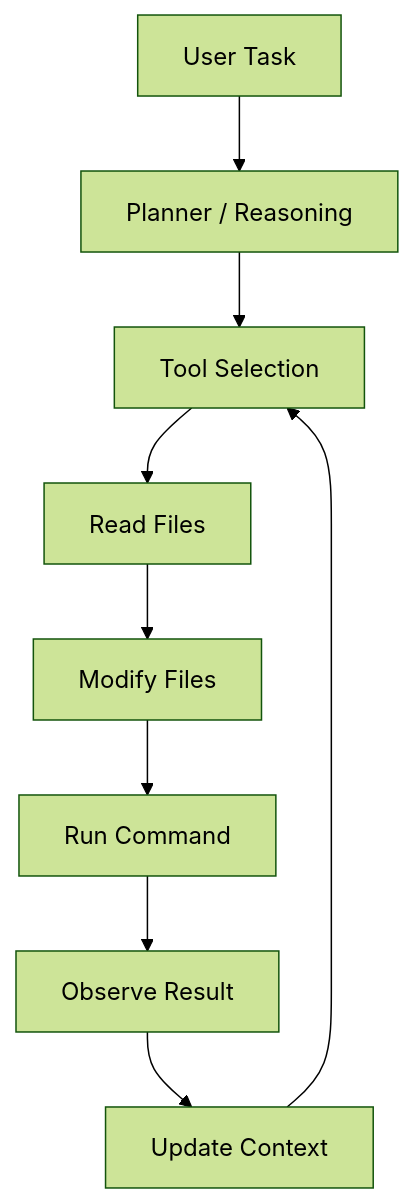
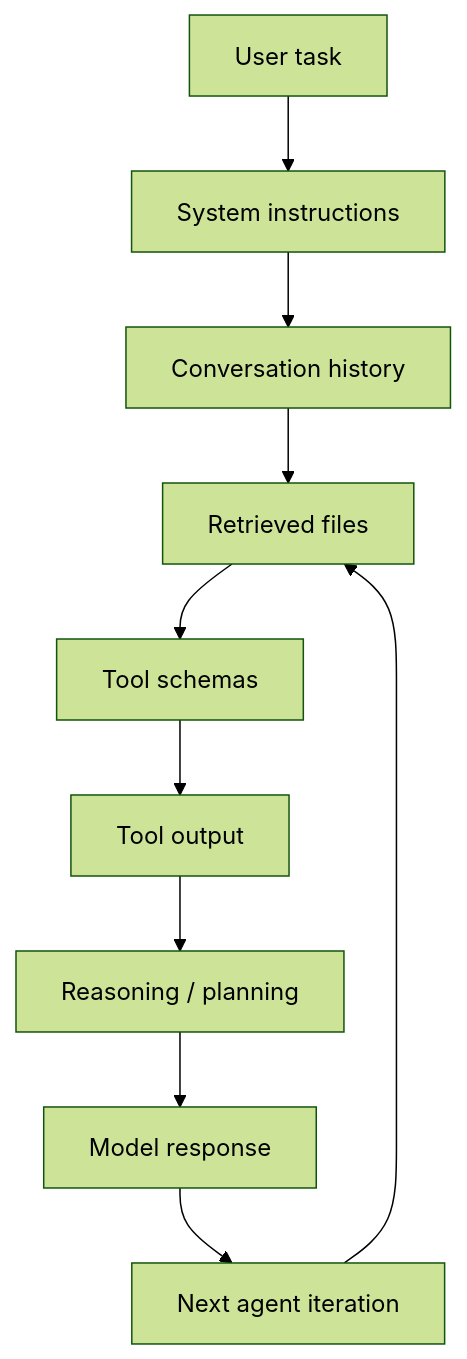
Before and after one commit to ayushman-glb/ai-engineering-playbook: the fifth of 32 diagrams in Ai_optimization_guide.md, drawn with Mermaid (forest theme). The commit also changed other lines of this file, not shown here.

````diff
--- a/Ai_optimization_guide.md
+++ b/Ai_optimization_guide.md
@@ -247,11 +344,12 @@
 ```mermaid
 flowchart TD
-    A[User Task] --> B[Planner / Reasoning]
-    B --> C[Tool Selection]
-    C --> D[Read Files]
-    D --> E[Modify Files]
-    E --> F[Run Command]
-    F --> G[Observe Result]
-    G --> H[Update Context]
-    H --> C
+    U["User task"] --> S["System instructions"]
+    S --> H["Conversation history"]
+    H --> F["Retrieved files"]
+    F --> TS["Tool schemas"]
+    TS --> TO["Tool output"]
+    TO --> R["Reasoning / planning"]
+    R --> A["Model response"]
+    A --> N["Next agent iteration"]
+    N --> F
 ```
````
